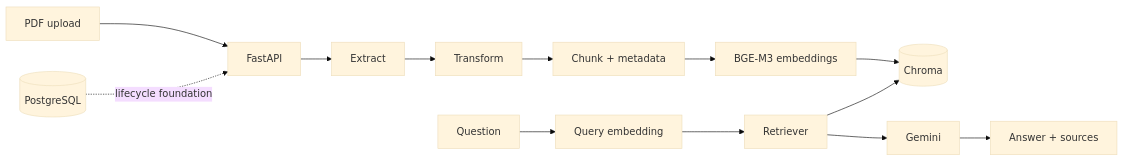
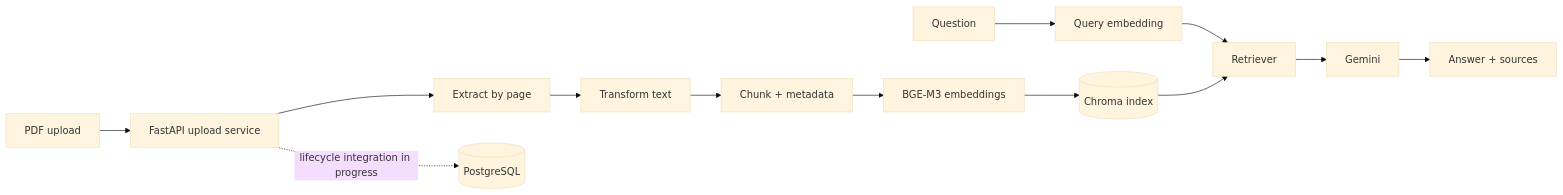
One commit to tonthatgiahuy16/CloudMentor-AI changed the diagram in README.md. Above: the diagram before and after it, drawn with Mermaid (base theme). The commit also changed other lines of this file, not shown here.

````diff
--- a/README.md
+++ b/README.md
@@ -39,17 +95,17 @@
 ```mermaid
 flowchart LR
-    U[PDF upload] --> API[FastAPI]
-    API --> EX[Extract]
-    EX --> TR[Transform]
+    U[PDF upload] --> API[FastAPI upload service]
+    API --> EX[Extract by page]
+    EX --> TR[Transform text]
     TR --> CK[Chunk + metadata]
     CK --> EM[BGE-M3 embeddings]
-    EM --> CH[(Chroma)]
+    EM --> CH[(Chroma index)]
+
+    API -. lifecycle integration in progress .-> PG[(PostgreSQL)]
 
     Q[Question] --> QE[Query embedding]
     QE --> RT[Retriever]
-    RT --> CH
+    CH --> RT
     RT --> GM[Gemini]
     GM --> A[Answer + sources]
-
-    PG[(PostgreSQL)] -. lifecycle foundation .-> API
 ```
````
